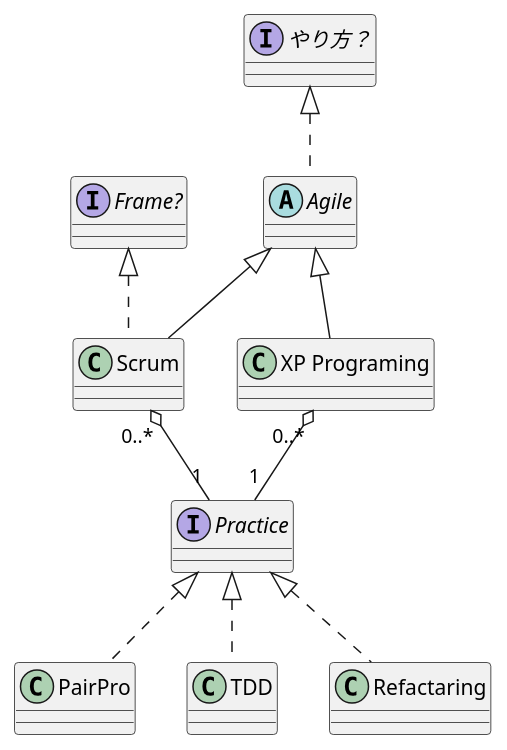
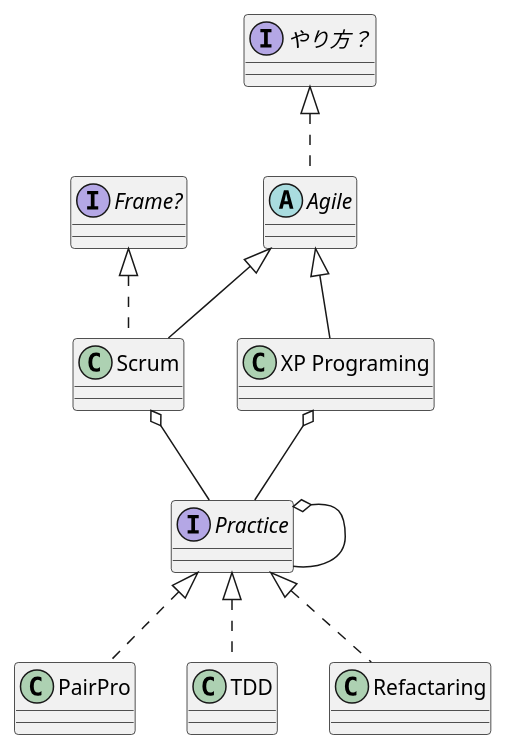
Before and after one commit to kazuhito-m/kazuhito-m.github.io: the diagram in _drafts/agile_image/image.pu, drawn with PlantUML. The commit also changed 1 other file, not shown here.

```diff
--- a/_drafts/agile_image/image.pu
+++ b/_drafts/agile_image/image.pu
@@ -1,27 +1,28 @@
 @startuml
 
 abstract Agile
 
 class Scrum
 class "XP Programing" as XP
 
 interface "Practice"
 
 interface "やり方？" as Move
 interface "Frame?" as Frame
 
 Agile <|-- Scrum
 Agile <|-- XP
 
-Scrum "0..*" o-d- "1" Practice
-XP "0..*" o-d- "1" Practice
+Scrum o-d- Practice
+XP o-d- Practice
 
 Move <|.. Agile
 Frame <|.. Scrum
 
 Practice <|.. PairPro
 Practice <|.. TDD
 Practice <|.. Refactaring
 
+Practice o-- Practice
 
 @enduml
```
